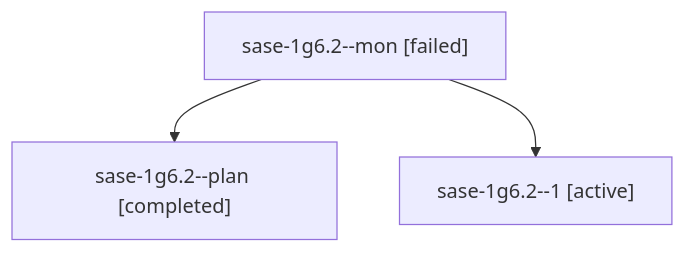
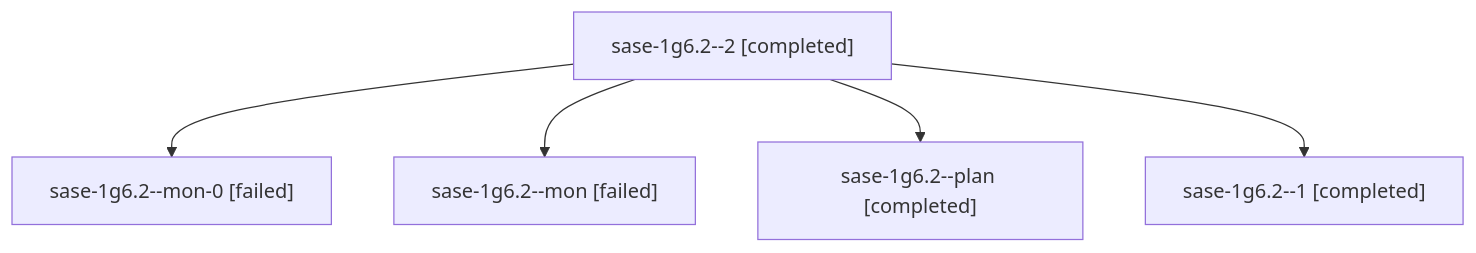
Before and after one commit to sase-org/sase--agents: the diagram in sessions/bbugyi200.apollo.sase-1g6.2.md, drawn with Mermaid. The commit also changed other lines of this file and 33 other files, not shown here.

````diff
--- a/sessions/bbugyi200.apollo.sase-1g6.2.md
+++ b/sessions/bbugyi200.apollo.sase-1g6.2.md
@@ -9,8 +9,12 @@
 ```mermaid
 flowchart TD
-  n0["sase-1g6.2--mon [failed]"]
-  n1["sase-1g6.2--plan [completed]"]
+  n0["sase-1g6.2--2 [completed]"]
+  n1["sase-1g6.2--mon-0 [failed]"]
   n0 --> n1
-  n2["sase-1g6.2--1 [active]"]
+  n2["sase-1g6.2--mon [failed]"]
   n0 --> n2
+  n3["sase-1g6.2--plan [completed]"]
+  n0 --> n3
+  n4["sase-1g6.2--1 [completed]"]
+  n0 --> n4
 ```
````
